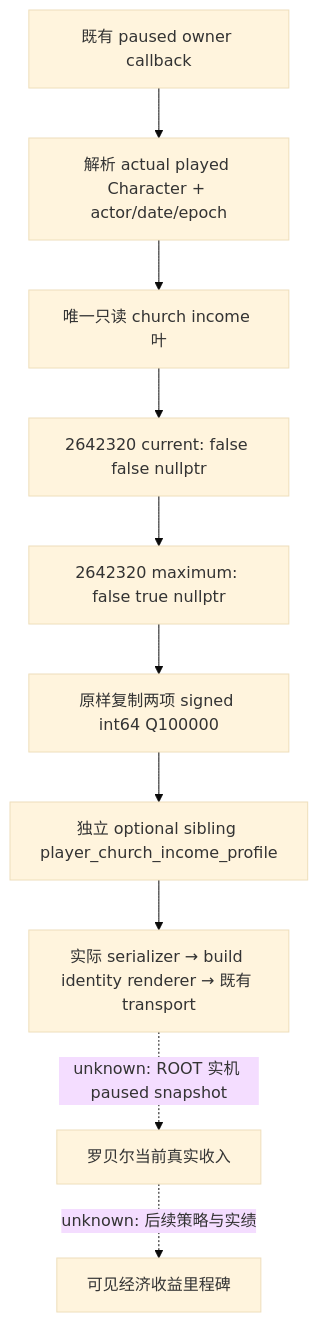
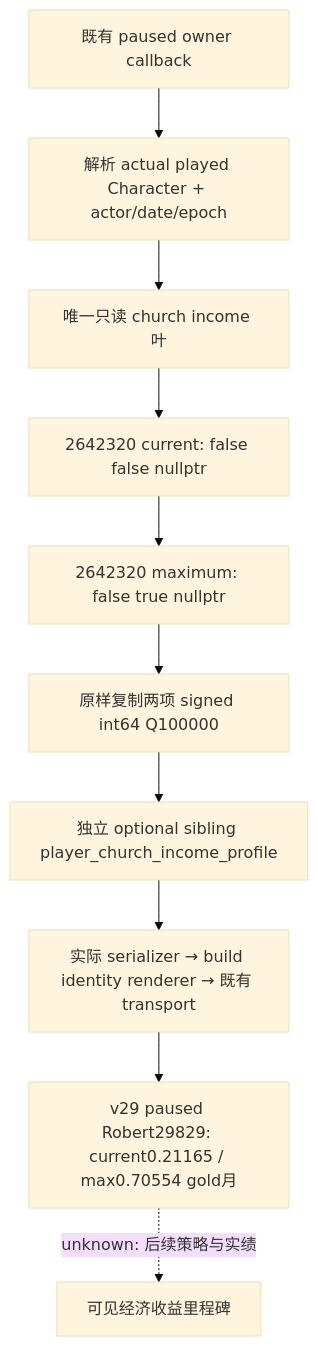
The diagram in docs/ck3-native-ai/religion-church-income-readonly-leaf-12003.md (XenoAmess/ck3_eternal_recurrence), drawn with Mermaid (base theme) before and after one commit. The commit also changed other lines of this file and 15 other files, not shown here.

````diff
--- a/docs/ck3-native-ai/religion-church-income-readonly-leaf-12003.md
+++ b/docs/ck3-native-ai/religion-church-income-readonly-leaf-12003.md
@@ -26,12 +26,12 @@
 ```mermaid
 flowchart TD
     A[既有 paused owner callback] --> B[解析 actual played Character + actor/date/epoch]
     B --> C[唯一只读 church income 叶]
     C --> D[2642320 current: false false nullptr]
     D --> E[2642320 maximum: false true nullptr]
     E --> F[原样复制两项 signed int64 Q100000]
     F --> G[独立 optional sibling player_church_income_profile]
     G --> H[实际 serializer → build identity renderer → 既有 transport]
-    H -. unknown: ROOT 实机 paused snapshot .-> I[罗贝尔当前真实收入]
+    H --> I[v29 paused Robert29829: current0.21165 / max0.70554 gold月]
     I -. unknown: 后续策略与实绩 .-> J[可见经济收益里程碑]
 ```
````
